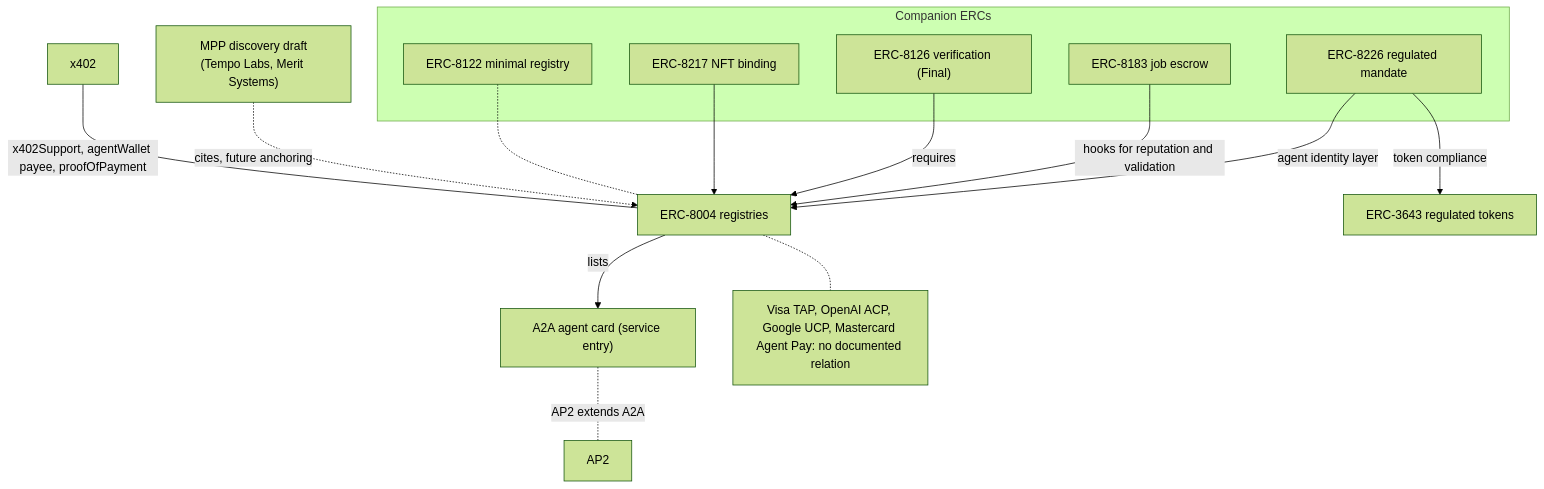
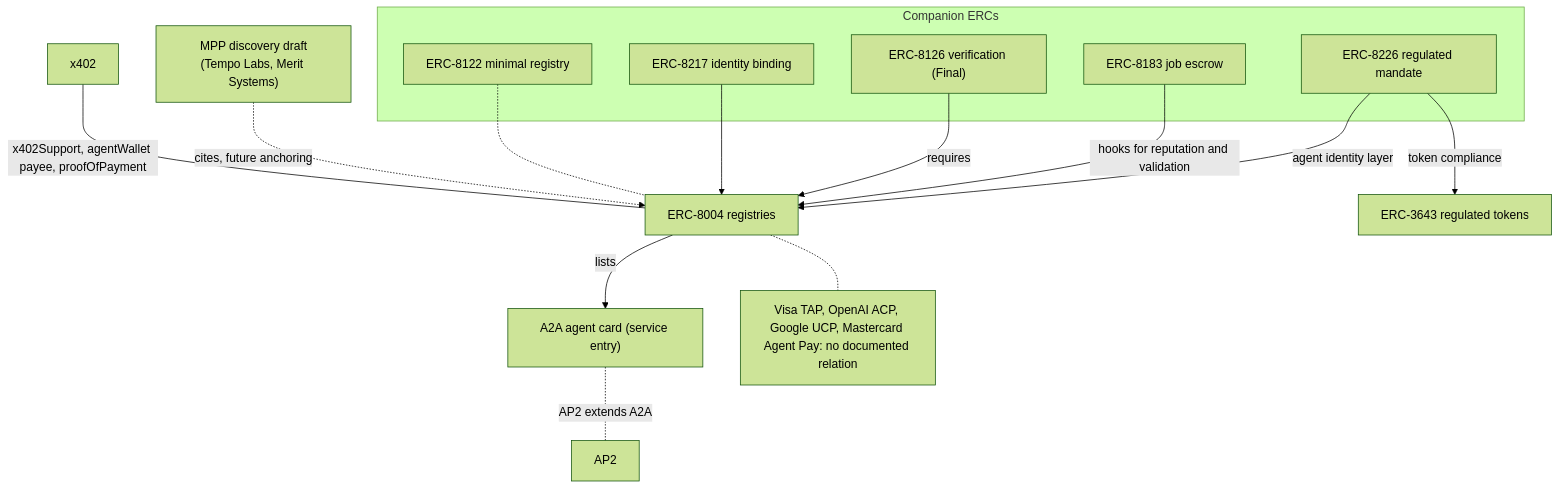
One commit to mercesAI/agentic-rails-atlas changed the diagram in src/content/diagrams/erc-8004-composition.mmd. Above: the diagram before and after it, drawn with Mermaid (forest theme). The commit also changed 314 other files, not shown here.

```diff
--- a/src/content/diagrams/erc-8004-composition.mmd
+++ b/src/content/diagrams/erc-8004-composition.mmd
@@ -1,26 +1,26 @@
 flowchart TB
   E["ERC-8004 registries"]
   X["x402"]
   M["MPP discovery draft<br/>(Tempo Labs, Merit Systems)"]
   A2A["A2A agent card (service entry)"]
   AP2["AP2"]
   NONE["Visa TAP, OpenAI ACP, Google UCP, Mastercard Agent Pay: no documented relation"]
   subgraph C["Companion ERCs"]
     E8122["ERC-8122 minimal registry"]
-    E8217["ERC-8217 NFT binding"]
+    E8217["ERC-8217 identity binding"]
     E8126["ERC-8126 verification (Final)"]
     E8183["ERC-8183 job escrow"]
     E8226["ERC-8226 regulated mandate"]
   end
   T["ERC-3643 regulated tokens"]
   X -- "x402Support, agentWallet payee, proofOfPayment" --- E
   M -. "cites, future anchoring" .-> E
   E -- "lists" --> A2A
   A2A -. "AP2 extends A2A" .- AP2
   E -.- NONE
   E8122 -.- E
   E8217 --> E
   E8126 -- "requires" --> E
   E8183 -- "hooks for reputation and validation" --> E
   E8226 -- "agent identity layer" --> E
   E8226 -- "token compliance" --> T
```
